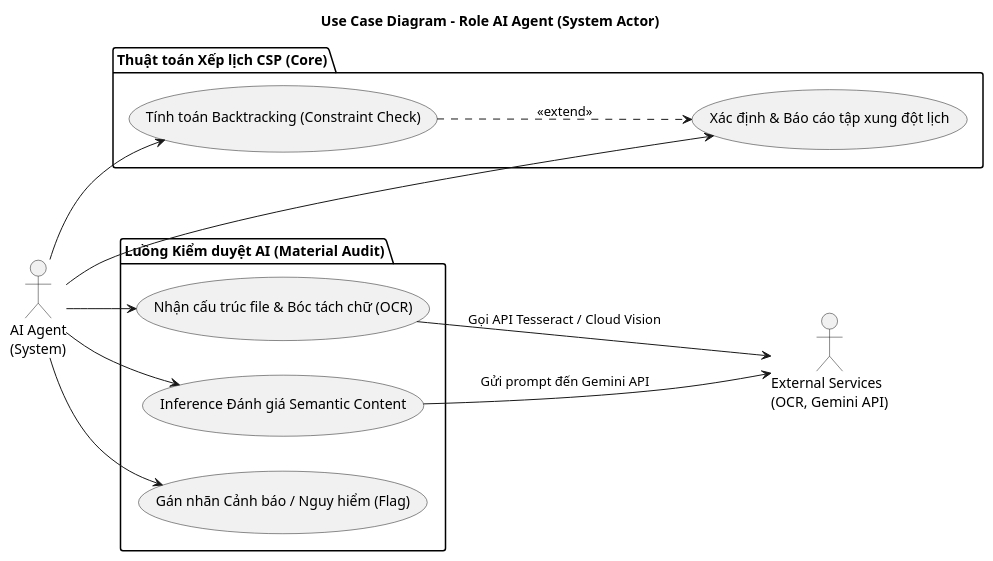
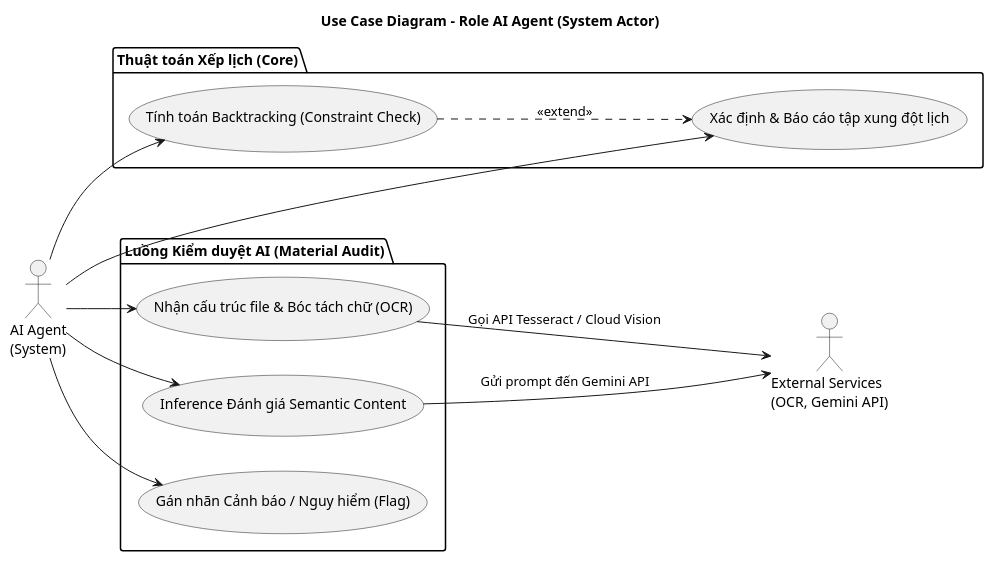
One commit to HANT-02/doan changed the diagram in docs/modeling/usecase/06_ai_agent.puml. Above: the diagram before and after it, drawn with PlantUML. The commit also changed 29 other files, not shown here.

```diff
--- a/docs/modeling/usecase/06_ai_agent.puml
+++ b/docs/modeling/usecase/06_ai_agent.puml
@@ -1,39 +1,39 @@
 @startuml 06_ai_agent
 /' 
 MÔ TẢ SƠ ĐỒ
 Mục tiêu: Phác thảo những khả năng cốt lõi do AI System xử lý ngầm dưới dạng System Actor.
-Phạm vi: Luồng quét, dán nhãn tài liệu và thuật toán Xếp lịch CSP tự động.
+Phạm vi: Luồng quét, dán nhãn tài liệu và thuật toán Xếp lịch tự động.
 Assumptions:
 - AI vận hành qua các module Backend độc lập tác động vào state database chung.
 - Tích hợp với External Services như OCR Engine và LLM (Gemini API) cho module phân tích.
 '/
 
 title Use Case Diagram - Role AI Agent (System Actor)
 
 left to right direction
 actor "AI Agent\n(System)" as ai
 actor "External Services\n(OCR, Gemini API)" as ext
 
-package "Thuật toán Xếp lịch CSP (Core)" {
+package "Thuật toán Xếp lịch (Core)" {
   usecase "Tính toán Backtracking (Constraint Check)" as uc_csp
   usecase "Xác định & Báo cáo tập xung đột lịch" as uc_conflict
 }
 
 package "Luồng Kiểm duyệt AI (Material Audit)" {
   usecase "Nhận cấu trúc file & Bóc tách chữ (OCR)" as uc_ocr
   usecase "Inference Đánh giá Semantic Content" as uc_semantic
   usecase "Gán nhãn Cảnh báo / Nguy hiểm (Flag)" as uc_flag
 }
 
 ai --> uc_csp
 ai --> uc_conflict
 uc_csp ..> uc_conflict : <<extend>>
 
 ai --> uc_ocr
 ai --> uc_semantic
 ai --> uc_flag
 
 uc_ocr --> ext : Gọi API Tesseract / Cloud Vision
 uc_semantic --> ext : Gửi prompt đến Gemini API
 
 @enduml
```
